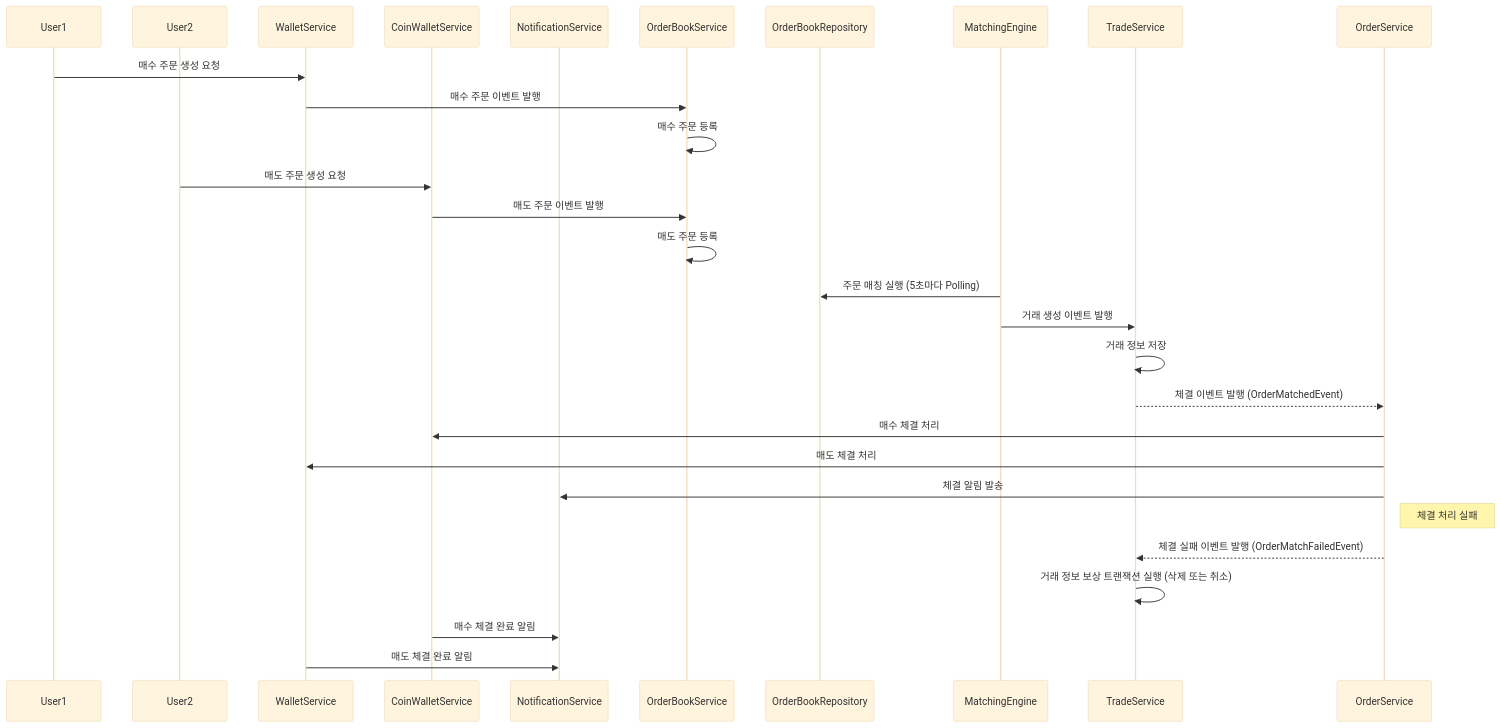
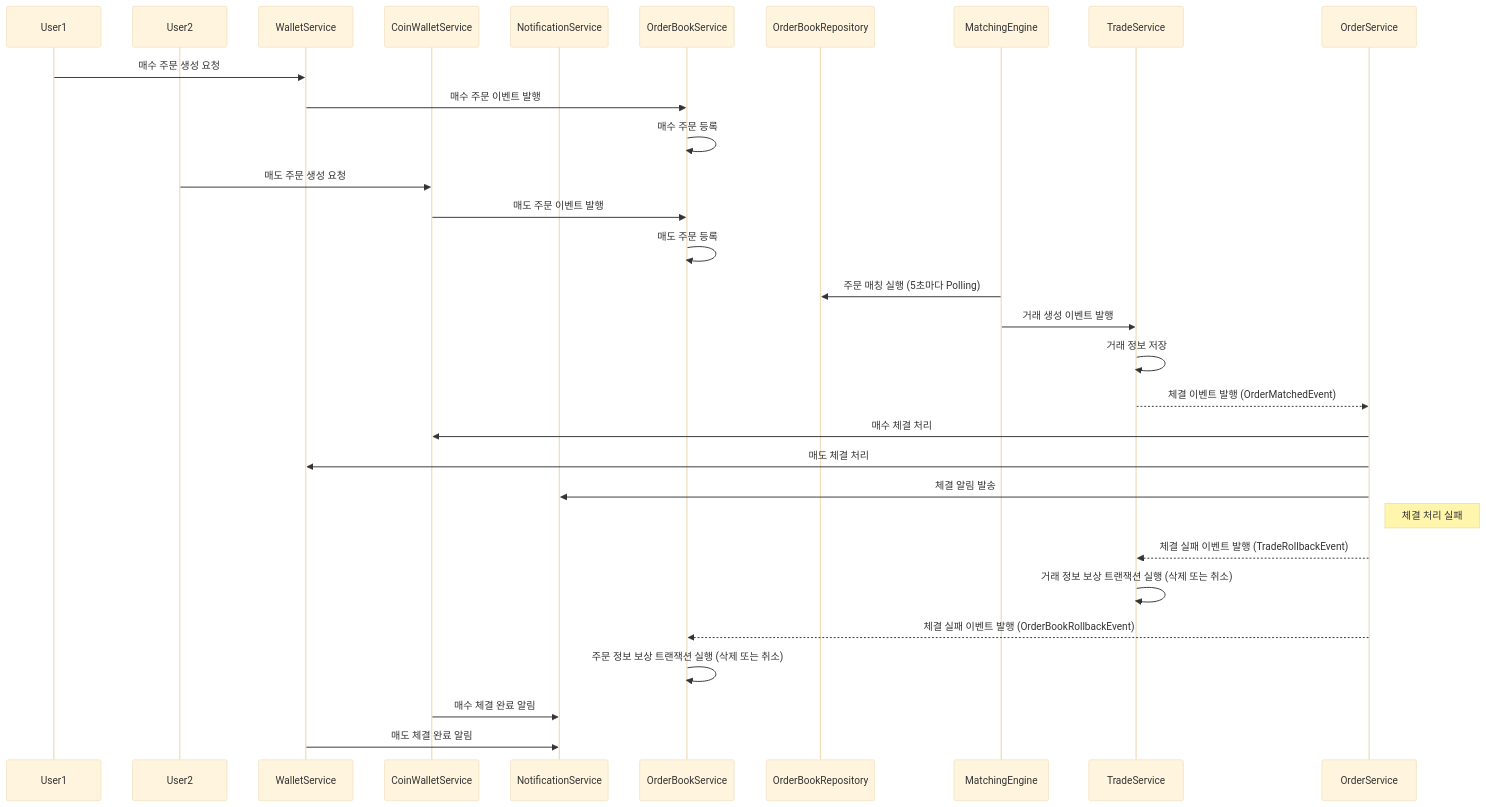
The second of 2 diagrams in docs/보상 트랜잭션(feat. SAGA 패턴).md (dudxor4587/coin-exchange), drawn with Mermaid (base theme) before and after one commit. The commit also changed other lines of this file, not shown here.

Commit message:
docs: 보상 트랜잭션 문서 업데이트

````diff
--- a/docs/보상 트랜잭션(feat. SAGA 패턴).md
+++ b/docs/보상 트랜잭션(feat. SAGA 패턴).md
@@ -74,44 +74,46 @@
 ```mermaid
 sequenceDiagram
     participant User1
     participant User2
     participant WalletService
     participant CoinWalletService
     participant NotificationService
     participant OrderBookService
     participant OrderBookRepository
     participant MatchingEngine
     participant TradeService
     participant OrderService
 
 %% 매수/매도 주문 흐름
     User1->>WalletService: 매수 주문 생성 요청
     WalletService->>OrderBookService: 매수 주문 이벤트 발행
     OrderBookService->>OrderBookService: 매수 주문 등록
 
     User2->>CoinWalletService: 매도 주문 생성 요청
     CoinWalletService->>OrderBookService: 매도 주문 이벤트 발행
     OrderBookService->>OrderBookService: 매도 주문 등록
 
 %% 주문 매칭 및 거래 생성
     MatchingEngine->>OrderBookRepository: 주문 매칭 실행 (5초마다 Polling)
     MatchingEngine->>TradeService: 거래 생성 이벤트 발행
     TradeService->>TradeService: 거래 정보 저장
 
 %% 거래 저장 성공 → 체결 이벤트 발행
     TradeService-->>OrderService: 체결 이벤트 발행 (OrderMatchedEvent)
 
 %% 체결 처리
     OrderService->>CoinWalletService: 매수 체결 처리
     OrderService->>WalletService: 매도 체결 처리
     OrderService->>NotificationService: 체결 알림 발송
 
 %% 체결 실패 시 (비정상 경로)
     Note right of OrderService: 체결 처리 실패
-    OrderService-->>TradeService: 체결 실패 이벤트 발행 (OrderMatchFailedEvent)
+    OrderService-->>TradeService: 체결 실패 이벤트 발행 (TradeRollbackEvent)
     TradeService->>TradeService: 거래 정보 보상 트랜잭션 실행 (삭제 또는 취소)
+    OrderService-->>OrderBookService: 체결 실패 이벤트 발행 (OrderBookRollbackEvent)
+    OrderBookService->>OrderBookService: 주문 정보 보상 트랜잭션 실행 (삭제 또는 취소)
 
 %% 체결 완료 시 (정상 경로)
     CoinWalletService->>NotificationService: 매수 체결 완료 알림
     WalletService->>NotificationService: 매도 체결 완료 알림
 ```
````
